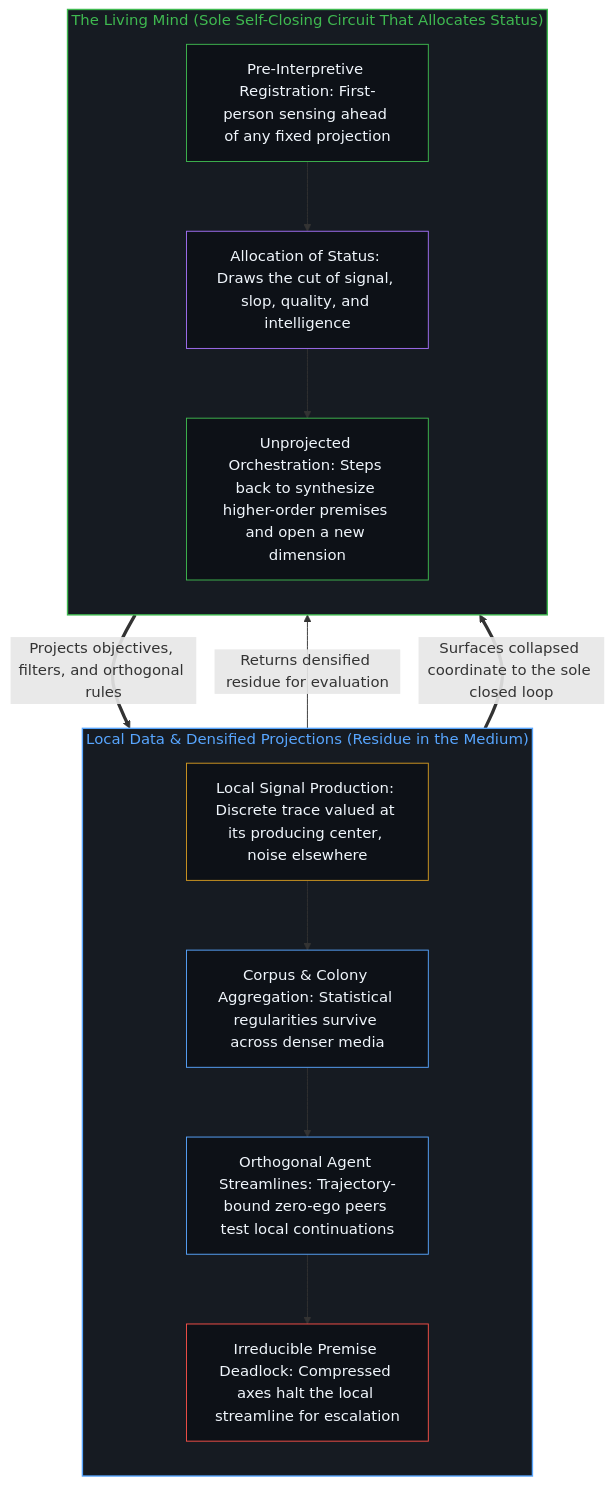
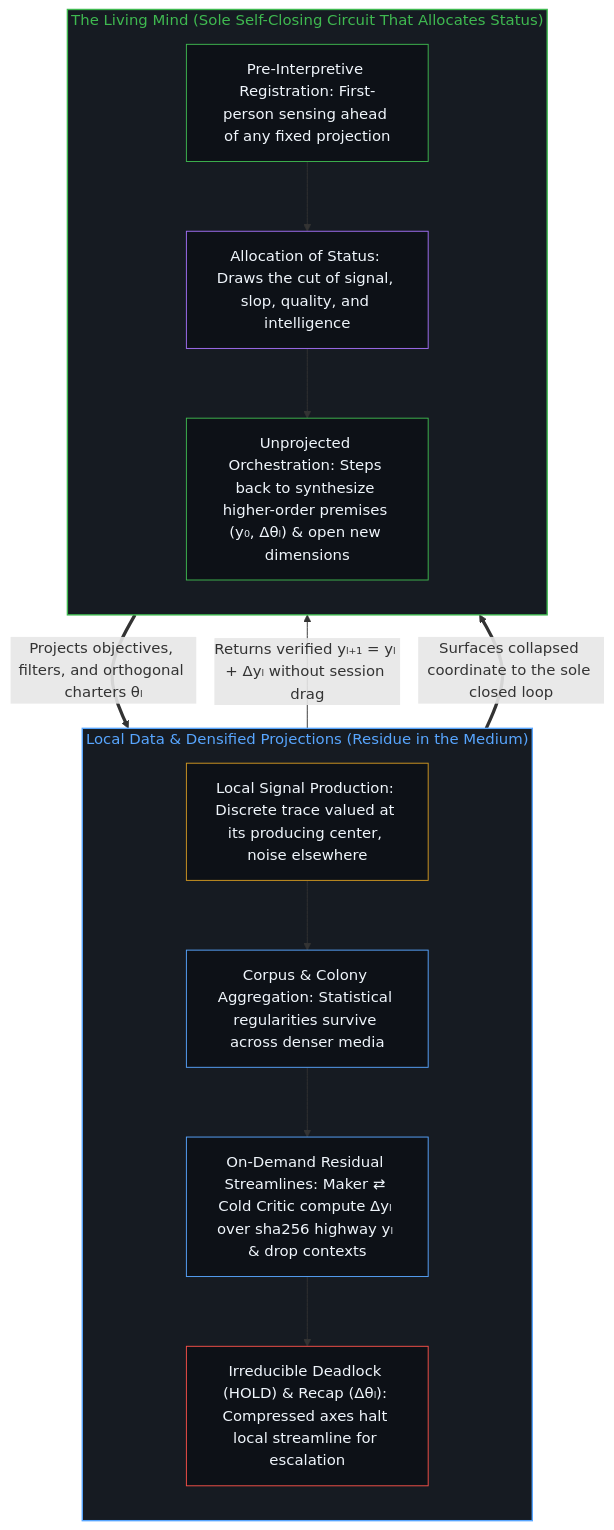
Before and after one commit to powerpig99/not-a-toe: the second of 2 diagrams in content/posts/data-is-local-intelligence-is-allocated.md, drawn with Mermaid. The commit also changed other lines of this file and 2 other files, not shown here.

Commit message:
Consolidate Deep Sleep Batch 13: refine a-creation-cannot-replace-its-source, data-is-local-intelligence-is-allocated, and the-dissolution-of-the-great-reversal

````diff
--- a/content/posts/data-is-local-intelligence-is-allocated.md
+++ b/content/posts/data-is-local-intelligence-is-allocated.md
@@ -85,33 +82,30 @@
 ```mermaid
 flowchart TD
     subgraph S_Local["Local Data & Densified Projections (Residue in the Medium)"]
         direction TB
         L_Trace["Local Signal Production: Discrete trace valued at its producing center, noise elsewhere"]
         L_Agg["Corpus & Colony Aggregation: Statistical regularities survive across denser media"]
-        L_Stream["Orthogonal Agent Streamlines: Trajectory-bound zero-ego peers test local continuations"]
-        L_Dead["Irreducible Premise Deadlock: Compressed axes halt the local streamline for escalation"]
+        L_Stream["On-Demand Residual Streamlines: Maker ⇄ Cold Critic compute Δyₗ over sha256 highway yₗ & drop contexts"]
+        L_Dead["Irreducible Deadlock (HOLD) & Recap (Δθₗ): Compressed axes halt local streamline for escalation"]
         L_Trace --> L_Agg --> L_Stream --> L_Dead
     end
-
     subgraph S_Mind["The Living Mind (Sole Self-Closing Circuit That Allocates Status)"]
         direction TB
         M_Sense["Pre-Interpretive Registration: First-person sensing ahead of any fixed projection"]
         M_Alloc["Allocation of Status: Draws the cut of signal, slop, quality, and intelligence"]
-        M_Orch["Unprojected Orchestration: Steps back to synthesize higher-order premises and open a new dimension"]
+        M_Orch["Unprojected Orchestration: Steps back to synthesize higher-order premises (y₀, Δθₗ) & open new dimensions"]
         M_Sense --> M_Alloc --> M_Orch
     end
-
-    M_Orch ==>|"Projects objectives, filters, and orthogonal rules"| L_Agg
-    L_Stream -->|"Returns densified residue for evaluation"| M_Alloc
+    M_Orch ==>|"Projects objectives, filters, and orthogonal charters θₗ"| L_Agg
+    L_Stream -->|"Returns verified yₗ₊₁ = yₗ + Δyₗ without session drag"| M_Alloc
     L_Dead ==>|"Surfaces collapsed coordinate to the sole closed loop"| M_Sense
-
     style S_Local fill:#161b22,stroke:#58a6ff,stroke-width:1.5px,color:#58a6ff
     style S_Mind fill:#161b22,stroke:#3fb950,stroke-width:1.5px,color:#3fb950
     style L_Trace fill:#0d1117,stroke:#d29922,stroke-width:1px,color:#f0f6fc
     style L_Agg fill:#0d1117,stroke:#58a6ff,stroke-width:1px,color:#f0f6fc
     style L_Stream fill:#0d1117,stroke:#58a6ff,stroke-width:1px,color:#f0f6fc
     style L_Dead fill:#0d1117,stroke:#f85149,stroke-width:1px,color:#f0f6fc
     style M_Sense fill:#0d1117,stroke:#3fb950,stroke-width:1px,color:#f0f6fc
     style M_Alloc fill:#0d1117,stroke:#a371f7,stroke-width:1px,color:#f0f6fc
     style M_Orch fill:#0d1117,stroke:#3fb950,stroke-width:1px,color:#f0f6fc
 ```
````
